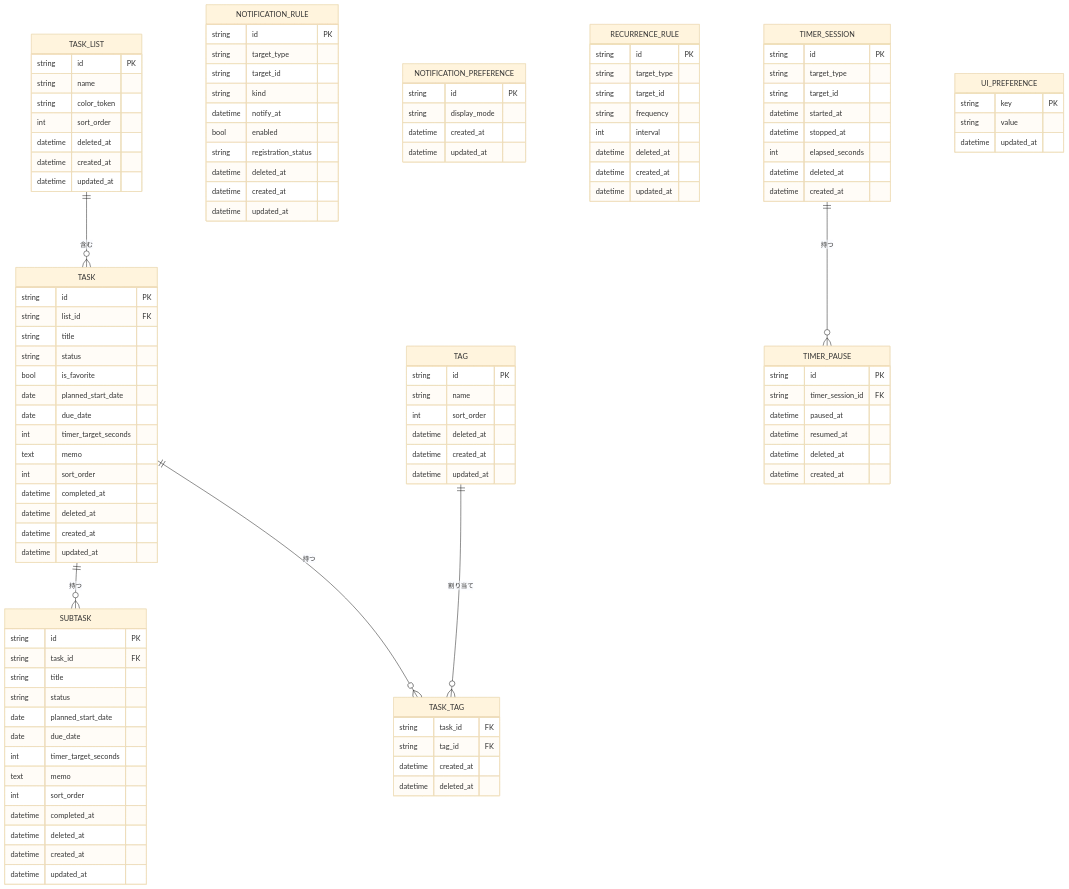
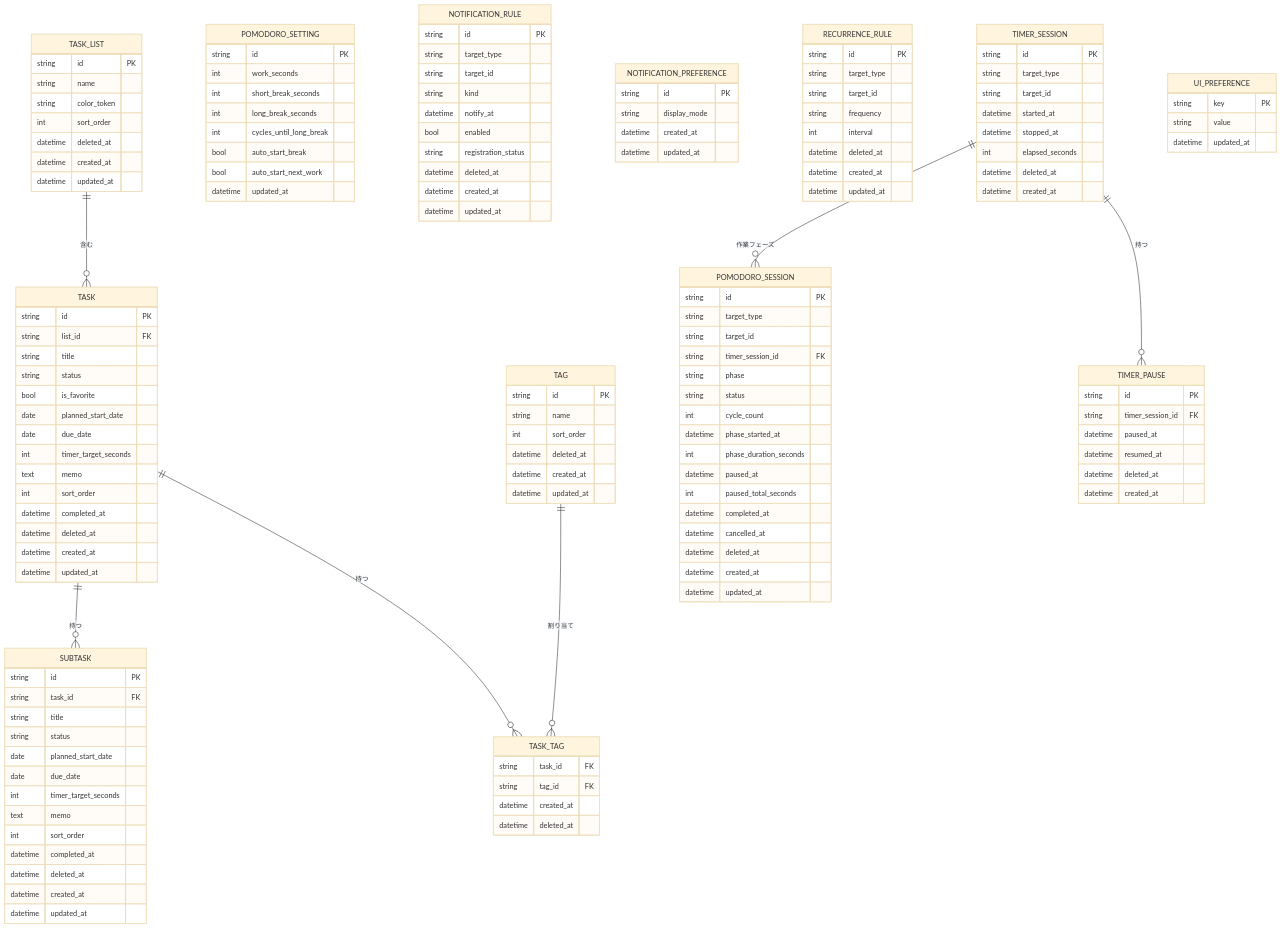
One commit to yt-hsgw/TaskTimer changed the first of 2 diagrams in docs/domain-model.md. Above: the diagram before and after it, drawn with Mermaid (base theme). The commit also changed other lines of this file and 18 other files, not shown here.

Commit message:
feat: add pomodoro timer backend boundary (#109)

````diff
--- a/docs/domain-model.md
+++ b/docs/domain-model.md
@@ -73,6 +73,36 @@
     datetime created_at
   }
 
+  POMODORO_SETTING {
+    string id PK
+    int work_seconds
+    int short_break_seconds
+    int long_break_seconds
+    int cycles_until_long_break
+    bool auto_start_break
+    bool auto_start_next_work
+    datetime updated_at
+  }
+
+  POMODORO_SESSION {
+    string id PK
+    string target_type
+    string target_id
+    string timer_session_id FK
+    string phase
+    string status
+    int cycle_count
+    datetime phase_started_at
+    int phase_duration_seconds
+    datetime paused_at
+    int paused_total_seconds
+    datetime completed_at
+    datetime cancelled_at
+    datetime deleted_at
+    datetime created_at
+    datetime updated_at
+  }
+
   NOTIFICATION_RULE {
     string id PK
     string target_type
@@ -125,4 +155,5 @@
   TAG ||--o{ TASK_TAG : 割り当て
   TASK ||--o{ SUBTASK : 持つ
   TIMER_SESSION ||--o{ TIMER_PAUSE : 持つ
+  TIMER_SESSION ||--o{ POMODORO_SESSION : 作業フェーズ
 ```
````
